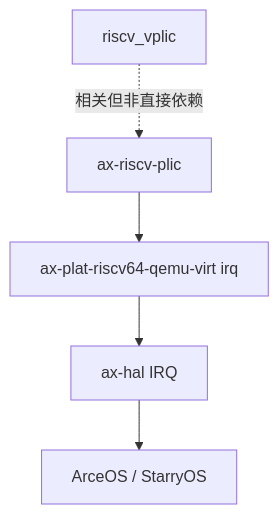
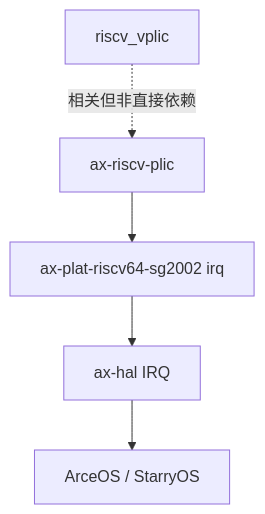
Before and after one commit to rcore-os/tgoskits: the diagram in docs/docs/components/crates/ax-riscv-plic.md, drawn with Mermaid. The commit also changed other lines of this file and 85 other files, not shown here.

Commit message:
chore(platform): remove static riscv64 qemu virt

````diff
--- a/docs/docs/components/crates/ax-riscv-plic.md
+++ b/docs/docs/components/crates/ax-riscv-plic.md
@@ -175,7 +175,7 @@
 ```mermaid
 graph TD
-    A[ax-riscv-plic] --> B[ax-plat-riscv64-qemu-virt irq]
+    A[ax-riscv-plic] --> B[ax-plat-riscv64-sg2002 irq]
     B --> C[ax-hal IRQ]
     C --> D[ArceOS / StarryOS]
     E[riscv_vplic] -.相关但非直接依赖.-> A
 ```
````
